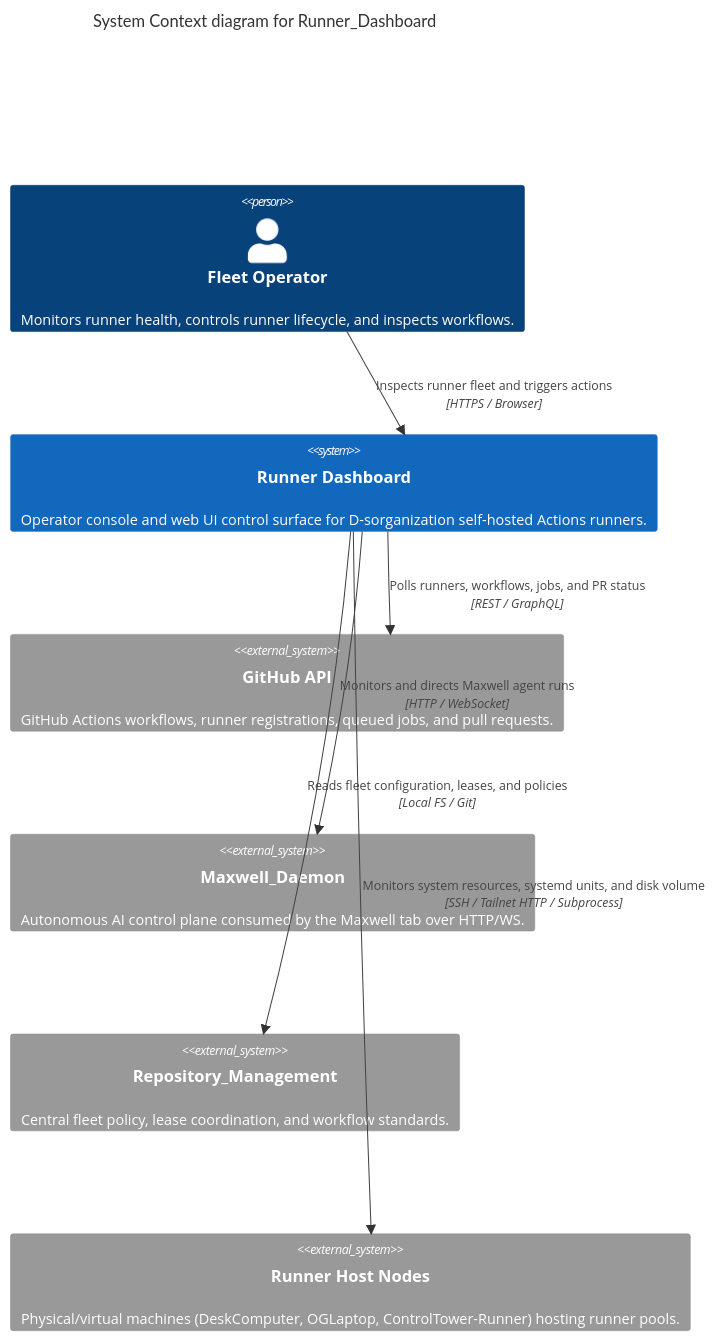
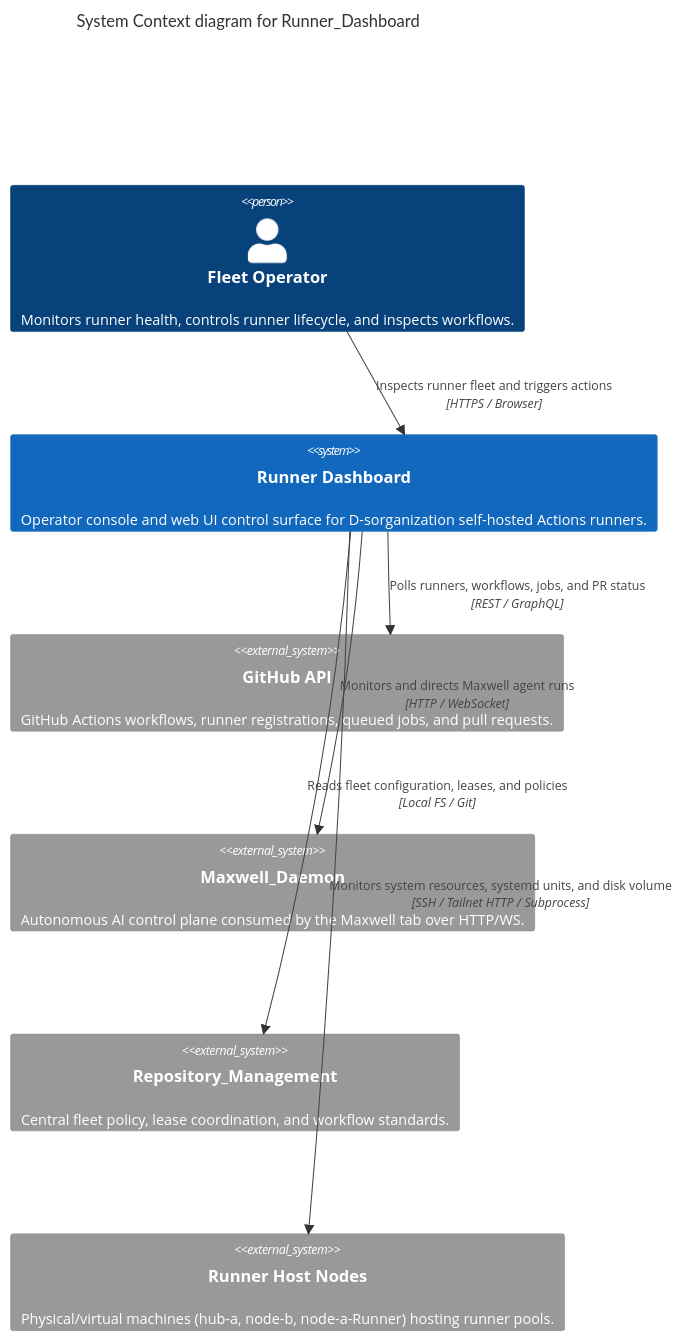
Before and after one commit to D-sorganization/Runner_Dashboard: the first of 2 diagrams in docs/architecture/C4.md, drawn with Mermaid. The commit also changed 145 other files, not shown here.

````diff
--- a/docs/architecture/C4.md
+++ b/docs/architecture/C4.md
@@ -7,17 +7,17 @@
 ```mermaid
 C4Context
     title System Context diagram for Runner_Dashboard
 
     Person(operator, "Fleet Operator", "Monitors runner health, controls runner lifecycle, and inspects workflows.")
     System(runner_dashboard, "Runner Dashboard", "Operator console and web UI control surface for D-sorganization self-hosted Actions runners.")
     System_Ext(github_api, "GitHub API", "GitHub Actions workflows, runner registrations, queued jobs, and pull requests.")
     System_Ext(maxwell_daemon, "Maxwell_Daemon", "Autonomous AI control plane consumed by the Maxwell tab over HTTP/WS.")
     System_Ext(repo_mgmt, "Repository_Management", "Central fleet policy, lease coordination, and workflow standards.")
-    System_Ext(runner_hosts, "Runner Host Nodes", "Physical/virtual machines (DeskComputer, OGLaptop, ControlTower-Runner) hosting runner pools.")
+    System_Ext(runner_hosts, "Runner Host Nodes", "Physical/virtual machines (hub-a, node-b, node-a-Runner) hosting runner pools.")
 
     Rel(operator, runner_dashboard, "Inspects runner fleet and triggers actions", "HTTPS / Browser")
     Rel(runner_dashboard, github_api, "Polls runners, workflows, jobs, and PR status", "REST / GraphQL")
     Rel(runner_dashboard, maxwell_daemon, "Monitors and directs Maxwell agent runs", "HTTP / WebSocket")
     Rel(runner_dashboard, repo_mgmt, "Reads fleet configuration, leases, and policies", "Local FS / Git")
     Rel(runner_dashboard, runner_hosts, "Monitors system resources, systemd units, and disk volume", "SSH / Tailnet HTTP / Subprocess")
 ```
````
